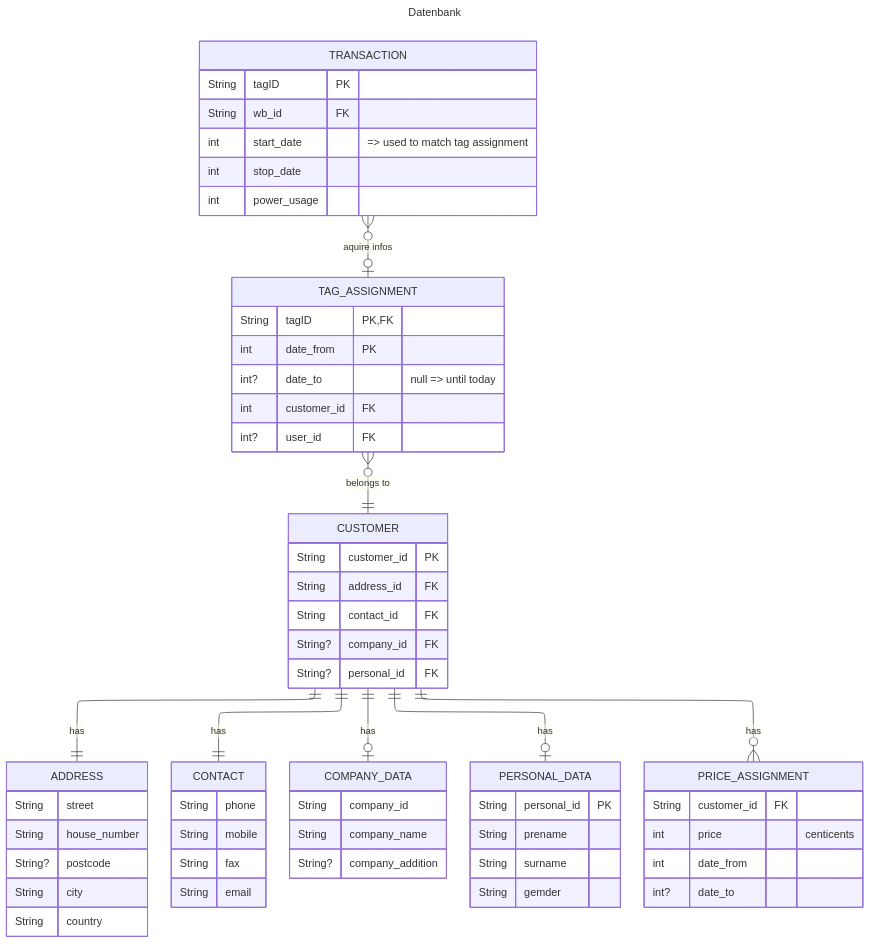
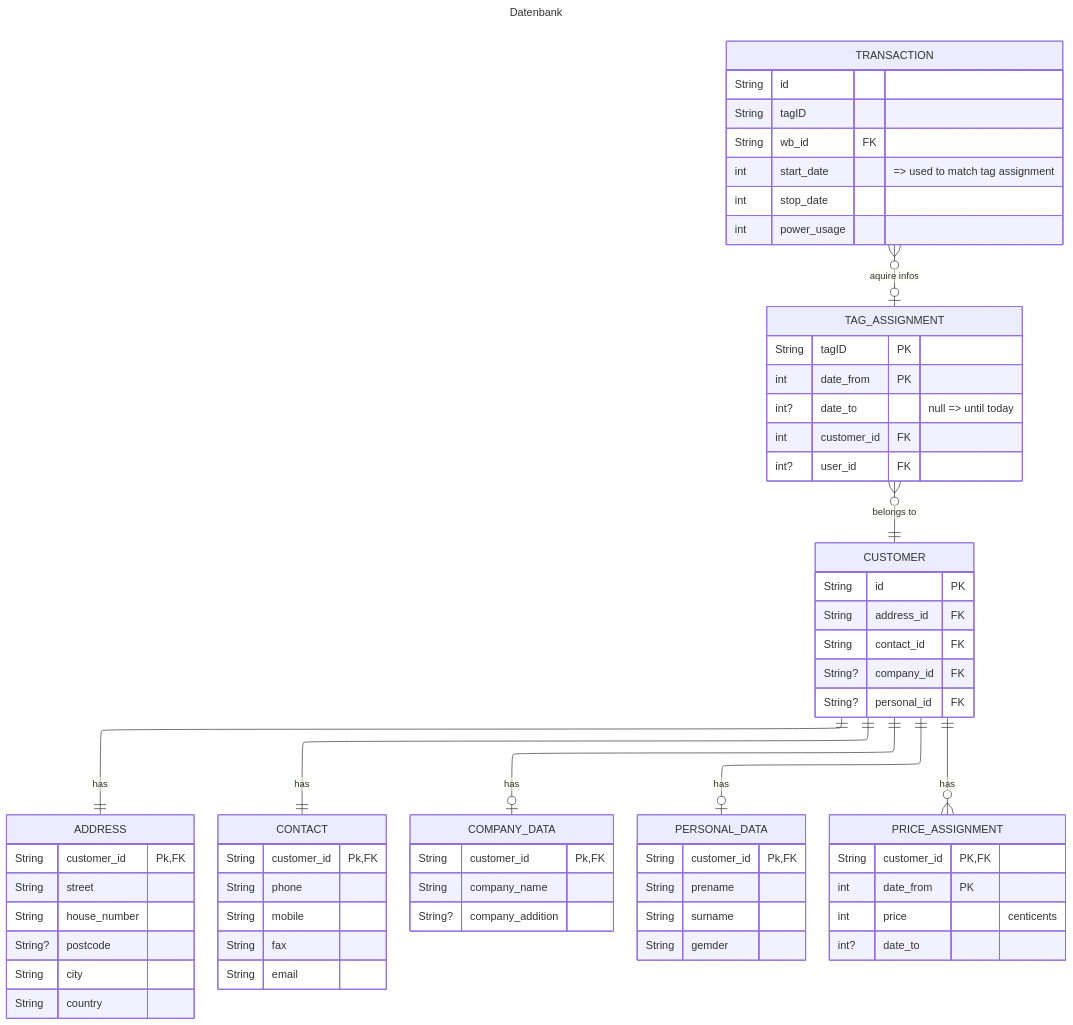
One commit to TheGreedyGoat/wall_box_2 changed the diagram in planning/data_model.mmd. Above: the diagram before and after it, drawn with Mermaid. The commit also changed 64 other files, not shown here.

```diff
--- a/planning/data_model.mmd
+++ b/planning/data_model.mmd
@@ -1,82 +1,85 @@
 ---
 title: Datenbank
 config:
     layout: elk
 ---
 
 erDiagram
     direction TB
     
     TRANSACTION }o--o| TAG_ASSIGNMENT : "aquire infos"
     TAG_ASSIGNMENT }o--|| CUSTOMER: "belongs to"
     CUSTOMER ||--|| ADDRESS : "has"
     CUSTOMER ||--|| CONTACT : "has"
     CUSTOMER ||--o| COMPANY_DATA : "has"
     CUSTOMER ||--o| PERSONAL_DATA : "has"
     CUSTOMER ||--o{ PRICE_ASSIGNMENT: "has"
 
     
 
     TRANSACTION{
-        String tagID PK
+        String id
+        String tagID 
         String wb_id FK
         int start_date "=> used to match tag assignment"
         int stop_date 
         int power_usage
     }
     
     TAG_ASSIGNMENT{
-        String tagID PK,FK
+        String tagID PK
         int date_from PK
         int? date_to "null => until today"
         int customer_id FK
         int? user_id FK
     }
 
     
     CUSTOMER{
-        String customer_id PK
+        String id PK
         String address_id FK
         String contact_id FK
 
         String? company_id FK
         String? personal_id FK
 
     }
 
     PRICE_ASSIGNMENT{
-        String customer_id FK
+        String customer_id PK,FK
+        int date_from PK
         int price "centicents"
-        int date_from
         int? date_to
     }
 
 
     COMPANY_DATA{
-        String company_id
+        String customer_id Pk, FK
         String company_name
         String? company_addition
     }
     PERSONAL_DATA{
-        String personal_id PK
+        String customer_id Pk, FK
         String prename
         String surname
 
         String gemder
 
     }
 
     ADDRESS{
+        String customer_id Pk, FK
         String street
         String house_number
         String? postcode
         String city
         String country
     }
 
     CONTACT{
+        String customer_id Pk, FK
         String phone
         String mobile
         String fax
         String email
     }
```
